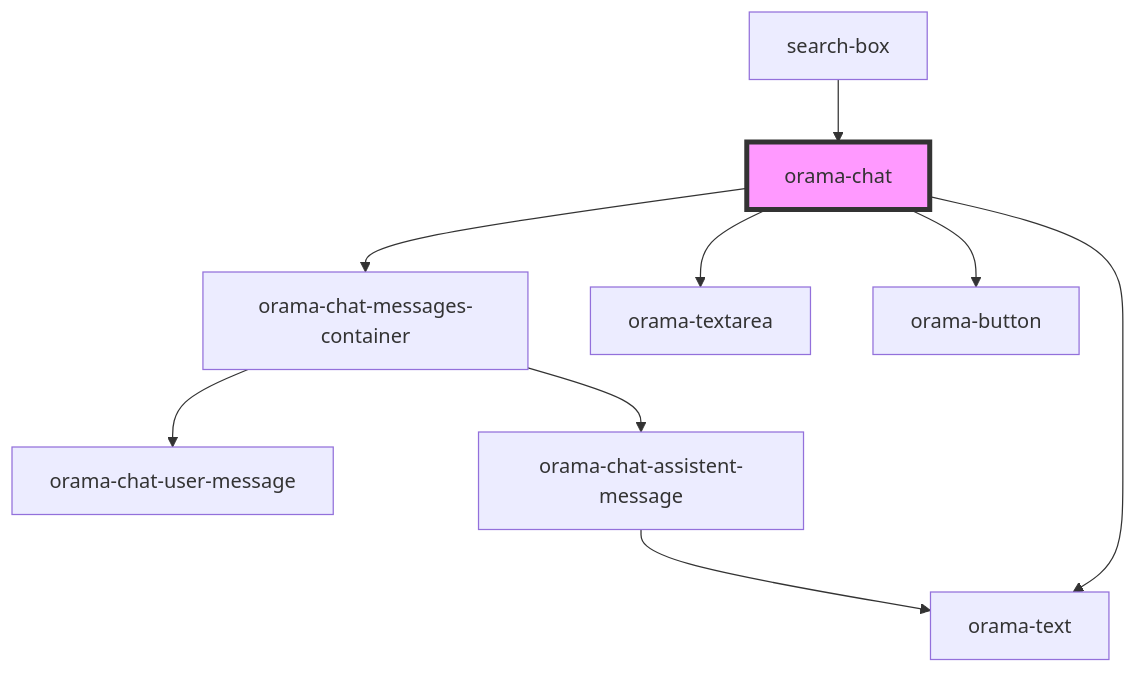
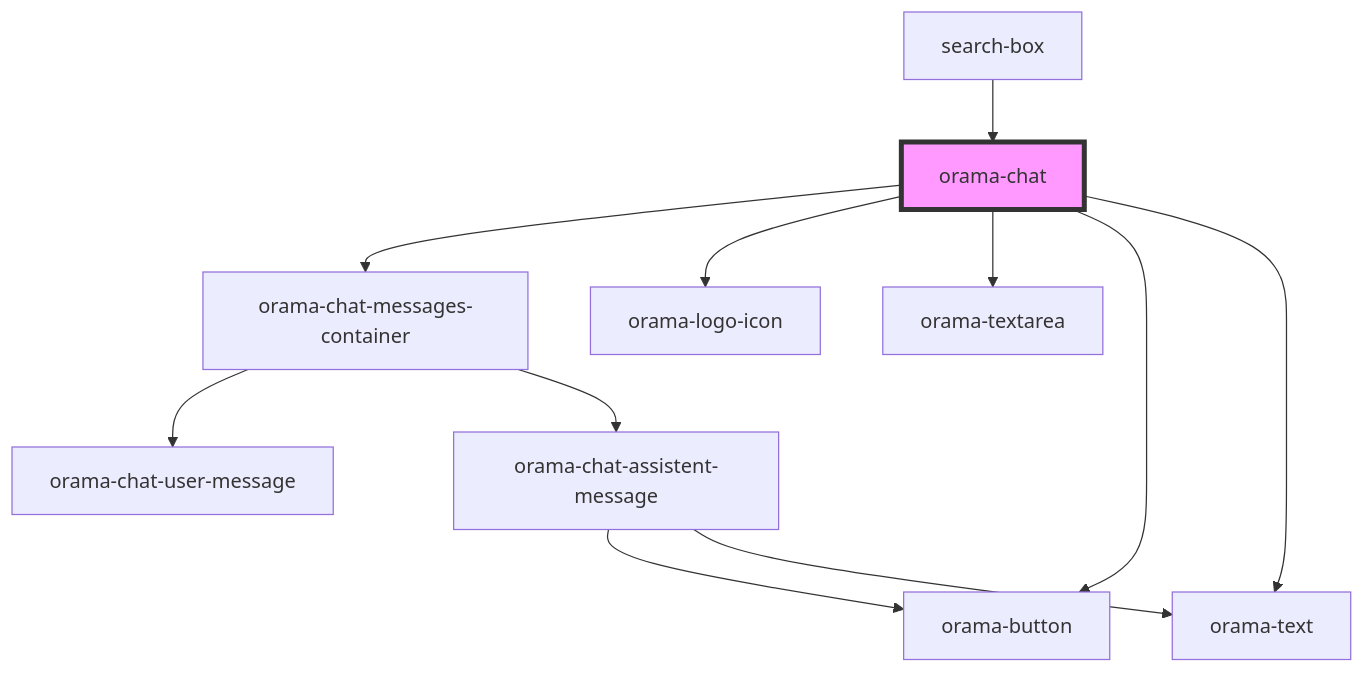
One commit to askorama/orama-ui-components changed the diagram in packages/ui-stencil/src/components/internal/orama-chat/readme.md. Above: the diagram before and after it, drawn with Mermaid. The commit also changed other lines of this file and 3 other files, not shown here.

````diff
--- a/packages/ui-stencil/src/components/internal/orama-chat/readme.md
+++ b/packages/ui-stencil/src/components/internal/orama-chat/readme.md
@@ -22,12 +23,14 @@
 ```mermaid
 graph TD;
   orama-chat --> orama-chat-messages-container
+  orama-chat --> orama-logo-icon
   orama-chat --> orama-textarea
   orama-chat --> orama-button
   orama-chat --> orama-text
   orama-chat-messages-container --> orama-chat-user-message
   orama-chat-messages-container --> orama-chat-assistent-message
+  orama-chat-assistent-message --> orama-button
   orama-chat-assistent-message --> orama-text
   search-box --> orama-chat
   style orama-chat fill:#f9f,stroke:#333,stroke-width:4px
 ```
````
